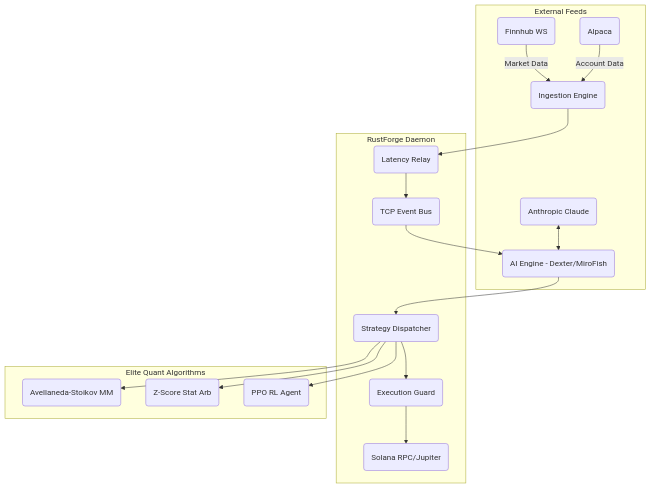
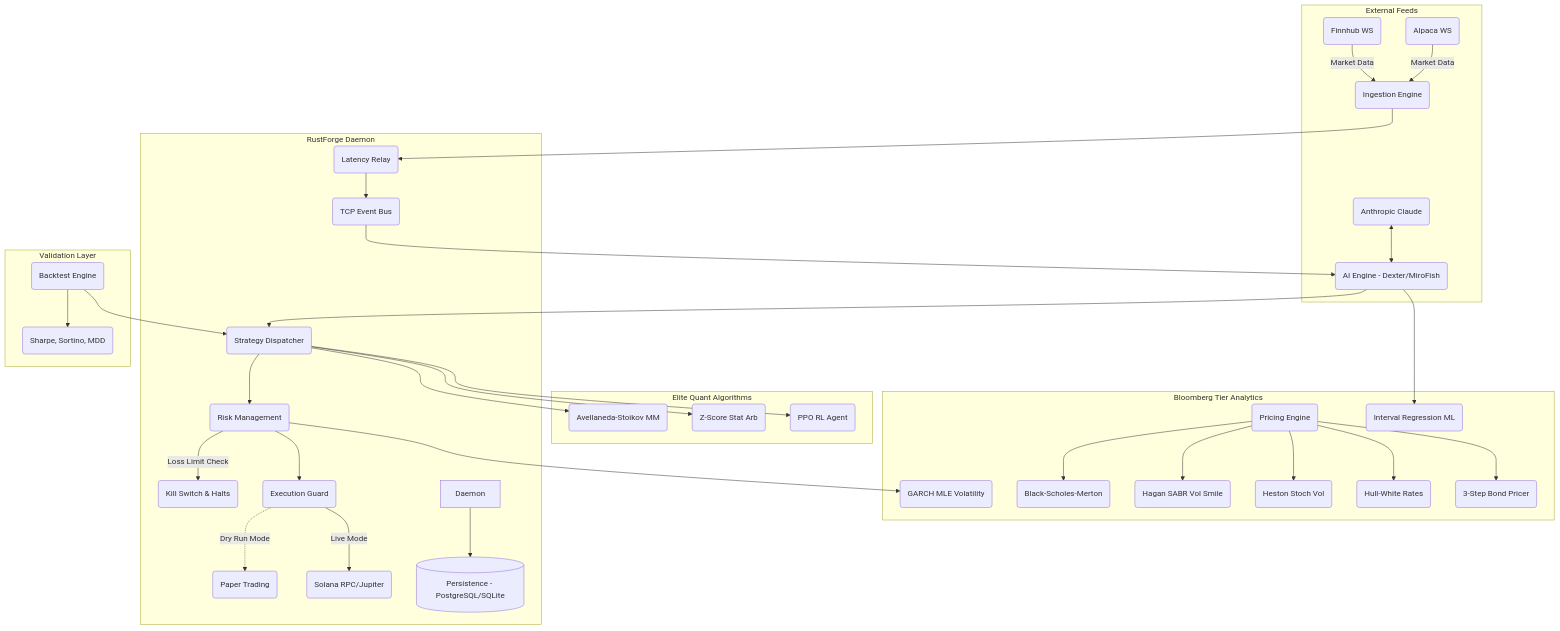
One commit to Ashutosh0x/rust-finance changed the diagram in README.md. Above: the diagram before and after it, drawn with Mermaid. The commit also changed other lines of this file and 78 other files, not shown here.

````diff
--- a/README.md
+++ b/README.md
@@ -35,23 +39,46 @@
 ```mermaid
 graph TD;
     subgraph "External Feeds"
         FH(Finnhub WS) --> |Market Data| Ingest
-        ALP(Alpaca) --> |Account Data| Ingest
+        ALP(Alpaca WS) --> |Market Data| Ingest
         LLM(Anthropic Claude) <--> AI
     end
 
     subgraph "RustForge Daemon"
         Ingest(Ingestion Engine) --> Relay(Latency Relay)
         Relay --> Bus(TCP Event Bus)
         Bus --> AI(AI Engine - Dexter/MiroFish)
+        
         AI --> Strategy(Strategy Dispatcher)
-        Strategy --> Exec(Execution Guard)
-        Exec --> Blockchain(Solana RPC/Jupiter)
+        Strategy --> RiskGuard(Risk Management)
+        
+        RiskGuard --> |Loss Limit Check| KillSwitch(Kill Switch & Halts)
+        RiskGuard --> Exec(Execution Guard)
+        
+        Exec -.-> |Dry Run Mode| Mock(Paper Trading)
+        Exec --> |Live Mode| Blockchain(Solana RPC/Jupiter)
+        
+        Daemon --> DB[(Persistence - PostgreSQL/SQLite)]
     end
     
     subgraph "Elite Quant Algorithms"
         Strategy --> MM(Avellaneda-Stoikov MM)
         Strategy --> Arb(Z-Score Stat Arb)
         Strategy --> PPO(PPO RL Agent)
     end
+    
+    subgraph "Bloomberg Tier Analytics"
+        Pricing(Pricing Engine) --> BSM(Black-Scholes-Merton)
+        Pricing --> SABR(Hagan SABR Vol Smile)
+        Pricing --> HESTON(Heston Stoch Vol)
+        Pricing --> HW(Hull-White Rates)
+        Pricing --> BVAL(3-Step Bond Pricer)
+        RiskGuard --> GARCH(GARCH MLE Volatility)
+        AI --> Interval(Interval Regression ML)
+    end
+    
+    subgraph "Validation Layer"
+        Backtest(Backtest Engine) --> Metrics(Sharpe, Sortino, MDD)
+        Backtest --> Strategy
+    end
 ```
````
